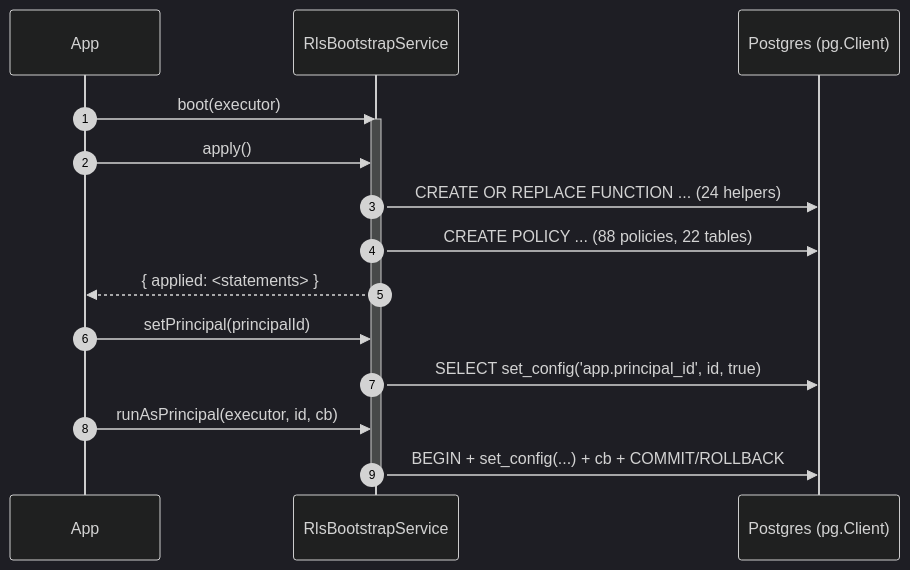
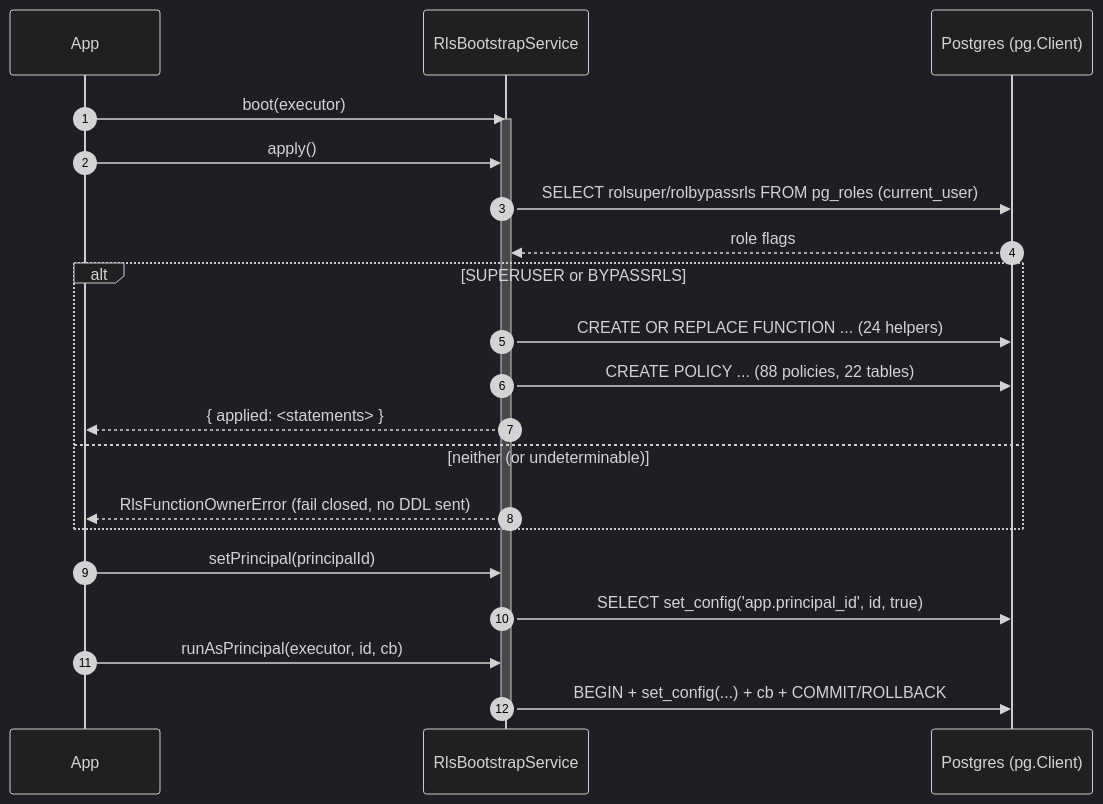
Before and after one commit to decaf-ts/decaf-ts: the eighth of 12 diagrams in workdocs/ai/project/technical-docs/design-specification/09-integrations-design.md, drawn with Mermaid (dark theme). The commit also changed other lines of this file and 1 other file, not shown here.

````diff
--- a/workdocs/ai/project/technical-docs/design-specification/09-integrations-design.md
+++ b/workdocs/ai/project/technical-docs/design-specification/09-integrations-design.md
@@ -477,18 +479,24 @@
 ```mermaid
 sequenceDiagram
     autonumber
     participant App
     participant Rbs as RlsBootstrapService
     participant PG as Postgres (pg.Client)
     App->>Rbs: boot(executor)
     activate Rbs
     App->>Rbs: apply()
-    Rbs->>PG: CREATE OR REPLACE FUNCTION ... (24 helpers)
-    Rbs->>PG: CREATE POLICY ... (88 policies, 22 tables)
-    Rbs-->>App: { applied: <statements> }
+    Rbs->>PG: SELECT rolsuper/rolbypassrls FROM pg_roles (current_user)
+    PG-->>Rbs: role flags
+    alt SUPERUSER or BYPASSRLS
+        Rbs->>PG: CREATE OR REPLACE FUNCTION ... (24 helpers)
+        Rbs->>PG: CREATE POLICY ... (88 policies, 22 tables)
+        Rbs-->>App: { applied: <statements> }
+    else neither (or undeterminable)
+        Rbs-->>App: RlsFunctionOwnerError (fail closed, no DDL sent)
+    end
     App->>Rbs: setPrincipal(principalId)
     Rbs->>PG: SELECT set_config('app.principal_id', id, true)
     App->>Rbs: runAsPrincipal(executor, id, cb)
     Rbs->>PG: BEGIN + set_config(...) + cb + COMMIT/ROLLBACK
     deactivate Rbs
 ```
````
